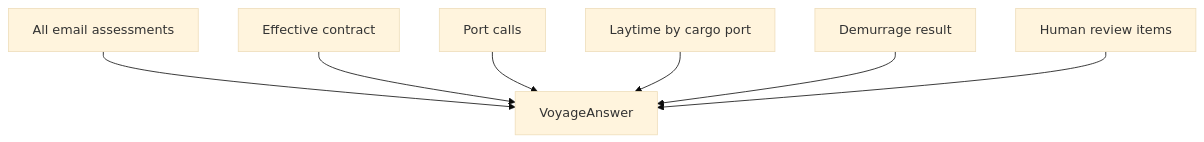
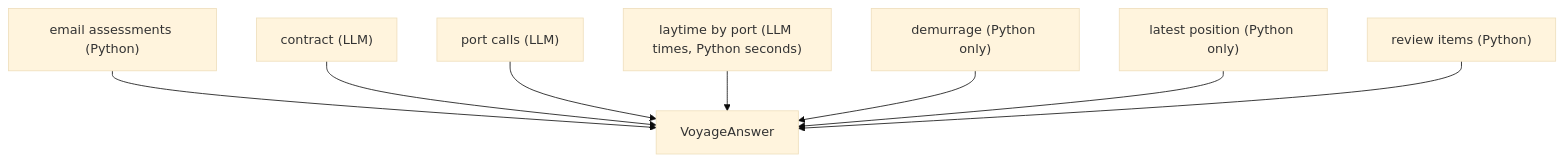
One commit to silviiaromanato/demurrage changed the fourth of 5 diagrams in ARCHITECTURE.md. Above: the diagram before and after it, drawn with Mermaid (base theme). The commit also changed other lines of this file and 17 other files, not shown here.

````diff
--- a/ARCHITECTURE.md
+++ b/ARCHITECTURE.md
@@ -200,9 +273,10 @@
 ```mermaid
 flowchart TD
-    Assessments["All email assessments"] --> VoyageAnswer
-    Contract["Effective contract"] --> VoyageAnswer
-    Calls["Port calls"] --> VoyageAnswer
-    PortLaytime["Laytime by cargo port"] --> VoyageAnswer
-    Demurrage["Demurrage result"] --> VoyageAnswer
-    Reviews["Human review items"] --> VoyageAnswer
+    Assessments["email assessments (Python)"] --> VoyageAnswer
+    Contract["contract (LLM)"] --> VoyageAnswer
+    Calls["port calls (LLM)"] --> VoyageAnswer
+    PortLaytime["laytime by port (LLM times, Python seconds)"] --> VoyageAnswer
+    Demurrage["demurrage (Python only)"] --> VoyageAnswer
+    Position["latest position (Python only)"] --> VoyageAnswer
+    Reviews["review items (Python)"] --> VoyageAnswer
 ```
````
